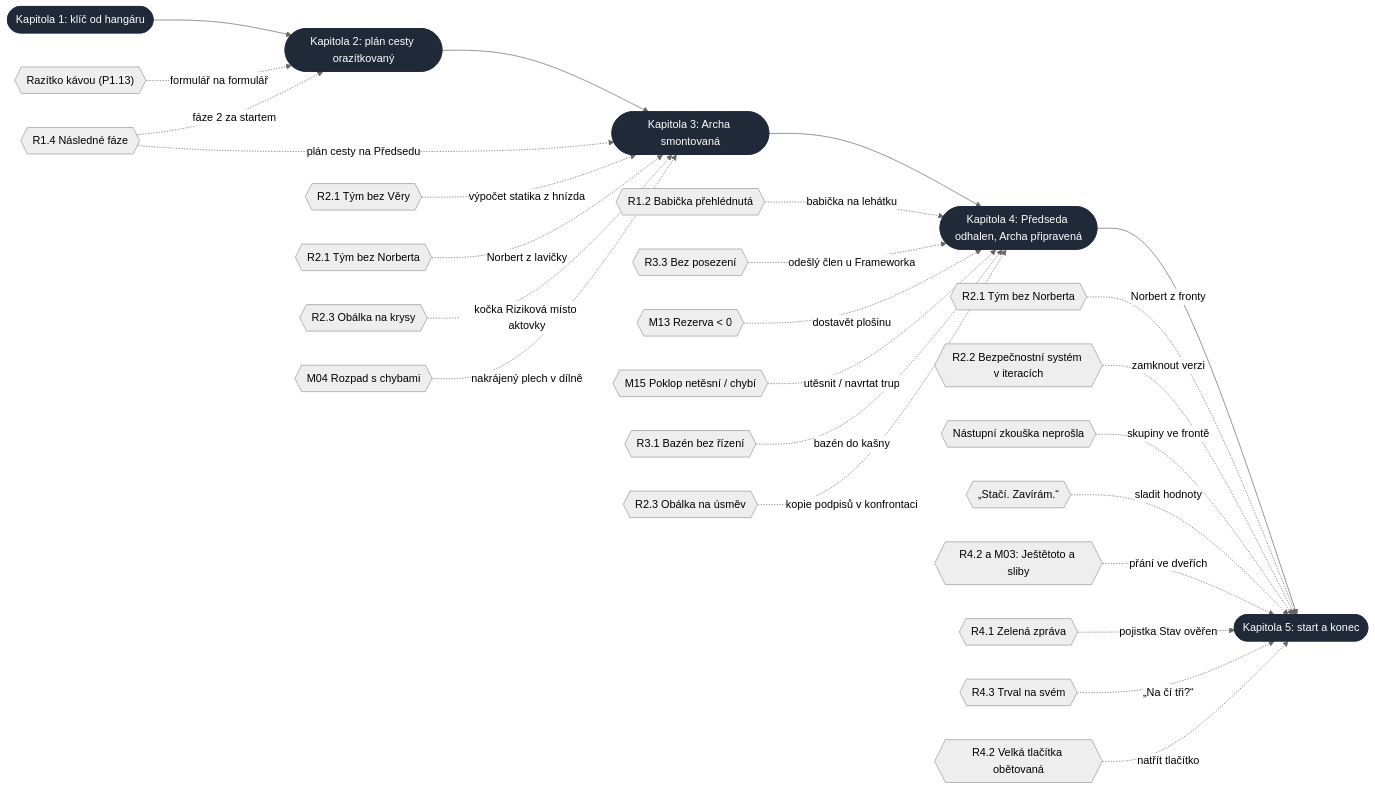
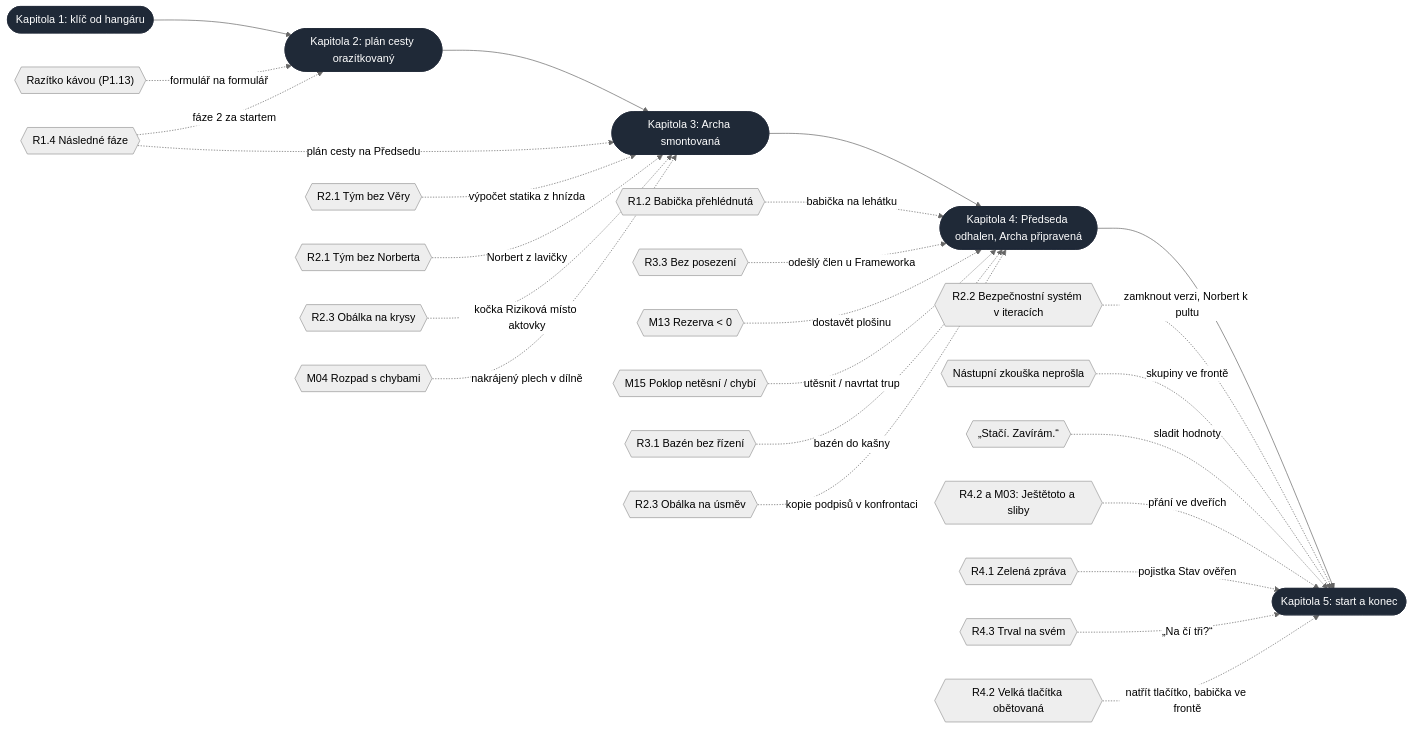
The sixth of 6 diagrams in docs/13-graf-zavislosti.md (miroslavkrupa/games-termin-byl-vcera), drawn with Mermaid (neutral theme) before and after one commit. The commit also changed other lines of this file and 17 other files, not shown here.

````diff
--- a/docs/13-graf-zavislosti.md
+++ b/docs/13-graf-zavislosti.md
@@ -1009,29 +1012,28 @@
 ```mermaid
 flowchart LR
   k1(["Kapitola 1: klíč od hangáru"]) --> k2(["Kapitola 2: plán cesty orazítkovaný"]) --> k3(["Kapitola 3: Archa smontovaná"])
   r_kava{{"Razítko kávou (P1.13)"}} -.->|formulář na formulář| k2
   r14{{"R1.4 Následné fáze"}} -.->|fáze 2 za startem| k2
   r14 -.->|plán cesty na Předsedu| k3
   r21{{"R2.1 Tým bez Věry"}} -.->|výpočet statika z hnízda| k3
   r21n{{"R2.1 Tým bez Norberta"}} -.->|Norbert z lavičky| k3
   r23{{"R2.3 Obálka na krysy"}} -.->|kočka Riziková místo aktovky| k3
   m04{{"M04 Rozpad s chybami"}} -.->|nakrájený plech v dílně| k3
   k3 --> k4(["Kapitola 4: Předseda odhalen, Archa připravená"])
   r12{{"R1.2 Babička přehlédnutá"}} -.->|babička na lehátku| k4
   r33{{"R3.3 Bez posezení"}} -.->|odešlý člen u Frameworka| k4
   m13{{"M13 Rezerva < 0"}} -.->|dostavět plošinu| k4
   m15{{"M15 Poklop netěsní / chybí"}} -.->|utěsnit / navrtat trup| k4
   r31{{"R3.1 Bazén bez řízení"}} -.->|bazén do kašny| k4
   r23u{{"R2.3 Obálka na úsměv"}} -.->|kopie podpisů v konfrontaci| k4
   k4 --> k5(["Kapitola 5: start a konec"])
-  r21n5{{"R2.1 Tým bez Norberta"}} -.->|Norbert z fronty| k5
-  r22v{{"R2.2 Bezpečnostní systém v iteracích"}} -.->|zamknout verzi| k5
+  r22v{{"R2.2 Bezpečnostní systém v iteracích"}} -.->|zamknout verzi, Norbert k pultu| k5
   p430{{"Nástupní zkouška neprošla"}} -.->|skupiny ve frontě| k5
   p429{{"„Stačí. Zavírám.“"}} -.->|sladit hodnoty| k5
   r42c{{"R4.2 a M03: Ještětoto a sliby"}} -.->|přání ve dveřích| k5
   r41z{{"R4.1 Zelená zpráva"}} -.->|pojistka Stav ověřen| k5
   r43t{{"R4.3 Trval na svém"}} -.->|„Na čí tři?“| k5
-  r42t{{"R4.2 Velká tlačítka obětovaná"}} -.->|natřít tlačítko| k5
+  r42t{{"R4.2 Velká tlačítka obětovaná"}} -.->|natřít tlačítko, babička ve frontě| k5
   classDef kap fill:#1f2937,stroke:#1f2937,color:#ffffff
   class k1,k2,k3,k4,k5 kap
 ```
````
